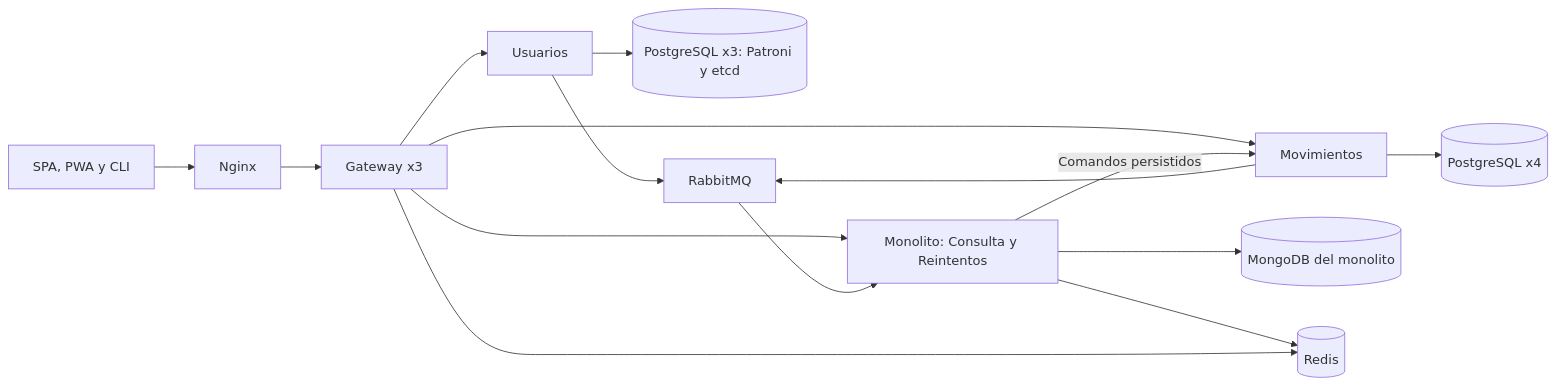
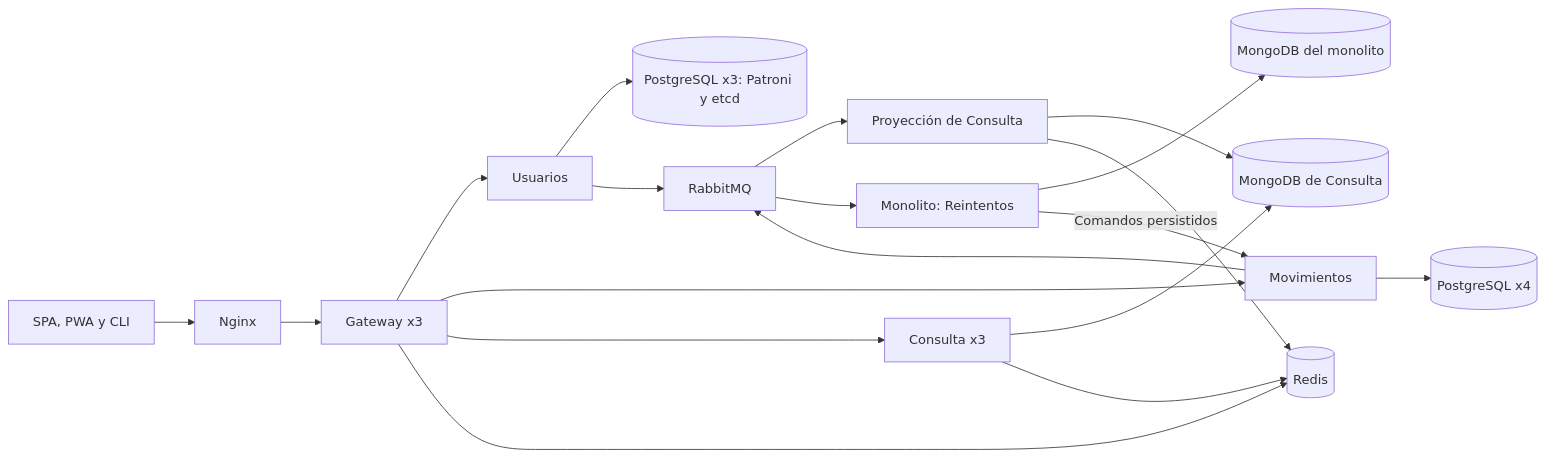
Before and after one commit to brannvic/sd-2027-1-ACME: the diagram in proyecto/README.md, drawn with Mermaid. The commit also changed other lines of this file and 10 other files, not shown here.

Commit message:
04-consulta: extraer rastreo y proyeccion del monolito con MongoDB y Redis

````diff
--- a/proyecto/README.md
+++ b/proyecto/README.md
@@ -17,17 +15,21 @@
 ```mermaid
 flowchart LR
   C[SPA, PWA y CLI] --> N[Nginx]
   N --> G
   G[Gateway x3] --> U[Usuarios]
   G --> M[Movimientos]
-  G --> O[Monolito: Consulta y Reintentos]
+  G --> Q[Consulta x3]
+  G --> R[(Redis)]
   M --> S[(PostgreSQL x4)]
   U --> P[(PostgreSQL x3: Patroni y etcd)]
   M --> B[RabbitMQ]
   U --> B
-  B --> O
-  O --> D[(MongoDB del monolito)]
-  O --> R[(Redis)]
-  G --> R
+  B --> L[Proyección de Consulta]
+  L --> D[(MongoDB de Consulta)]
+  L --> R
+  Q --> D
+  Q --> R
+  B --> O[Monolito: Reintentos]
+  O --> I[(MongoDB del monolito)]
   O -->|Comandos persistidos| M
 ```
````
